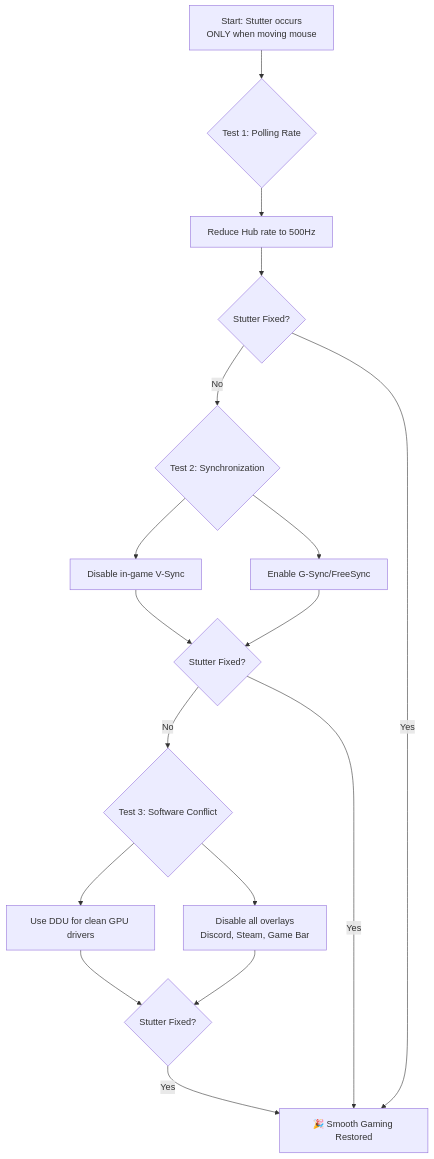
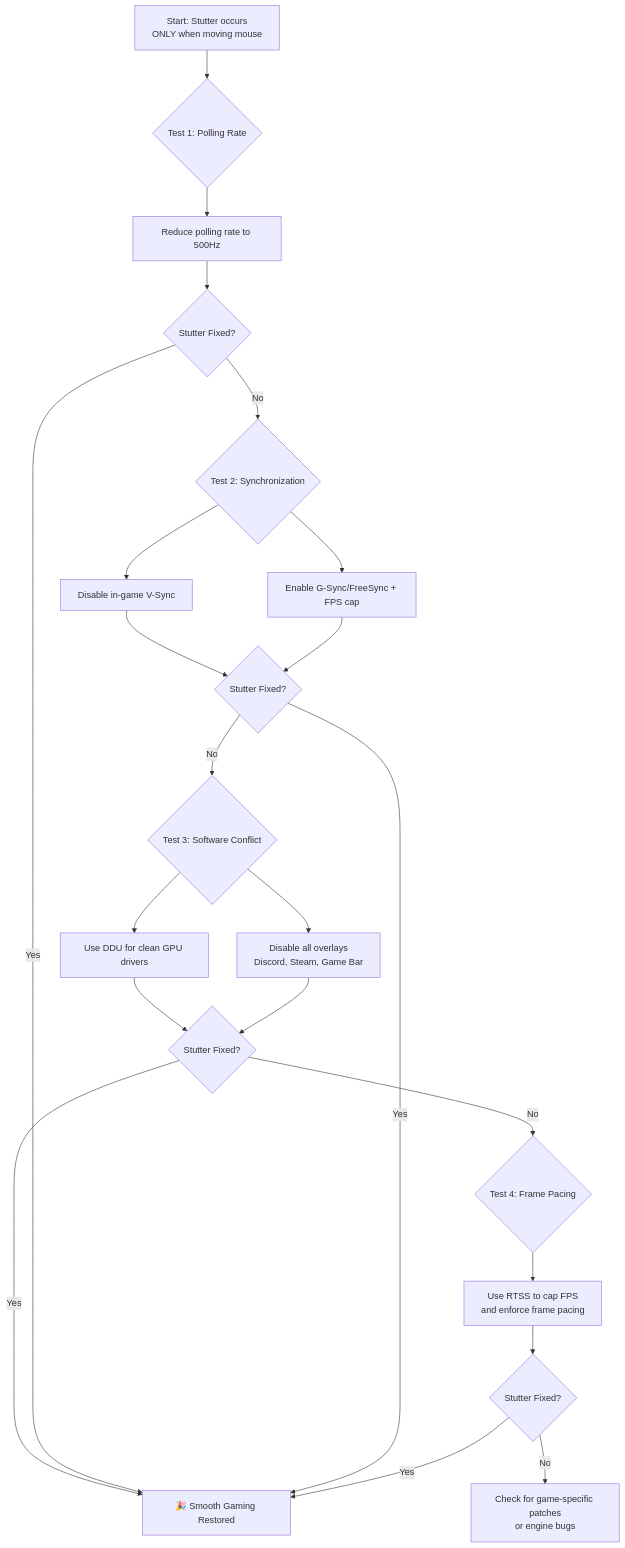
Before and after one commit to htghuzaifa2/huzi.pk-web-v2: the diagram in src/data/blogs/posts/tech/games-stutter-mouse-polling-rate-fix.md, drawn with Mermaid. The commit also changed other lines of this file and 488 other files, not shown here.

````diff
--- a/src/data/blogs/posts/tech/games-stutter-mouse-polling-rate-fix.md
+++ b/src/data/blogs/posts/tech/games-stutter-mouse-polling-rate-fix.md
@@ -45,24 +57,29 @@
 ```mermaid
 flowchart TD
     A[Start: Stutter occurs<br>ONLY when moving mouse] --> B{Test 1: Polling Rate}
-    B --> C[Reduce Hub rate to 500Hz]
+    B --> C[Reduce polling rate to 500Hz]
     C --> D{Stutter Fixed?}
     
     D -- No --> E{Test 2: Synchronization}
     E --> F[Disable in-game V-Sync]
-    E --> G[Enable G-Sync/FreeSync]
+    E --> G[Enable G-Sync/FreeSync + FPS cap]
     
     F --> H{Stutter Fixed?}
     G --> H
     
     H -- No --> I{Test 3: Software Conflict}
     I --> J[Use DDU for clean GPU drivers]
     I --> K[Disable all overlays<br>Discord, Steam, Game Bar]
     
     J --> L{Stutter Fixed?}
     K --> L
     
     L -- Yes --> M[🎉 Smooth Gaming Restored]
     D -- Yes --> M
     H -- Yes --> M
+    L -- No --> N{Test 4: Frame Pacing}
+    N --> O[Use RTSS to cap FPS<br>and enforce frame pacing]
+    O --> P{Stutter Fixed?}
+    P -- Yes --> M
+    P -- No --> Q[Check for game-specific patches<br>or engine bugs]
 ```
````
